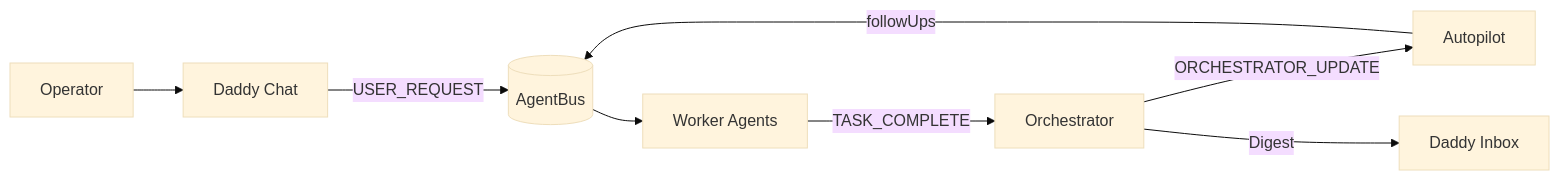
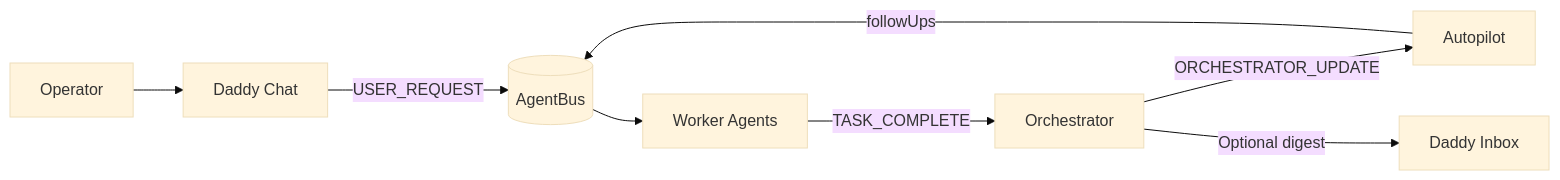
One commit to future3OOO/agentic-cockpit changed the diagram in README.md. Above: the diagram before and after it, drawn with Mermaid (base theme). The commit also changed other lines of this file and 5 other files, not shown here.

Commit message:
orchestrator: default daddy digest forwarding off

````diff
--- a/README.md
+++ b/README.md
@@ -19,10 +19,10 @@
 ```mermaid
 flowchart LR
   User[Operator] --> Chat[Daddy Chat]
   Chat -->|USER_REQUEST| Bus[(AgentBus)]
   Bus --> Workers[Worker Agents]
   Workers -->|TASK_COMPLETE| Orch[Orchestrator]
   Orch -->|ORCHESTRATOR_UPDATE| Auto[Autopilot]
-  Orch -->|Digest| Inbox[Daddy Inbox]
+  Orch -->|Optional digest| Inbox[Daddy Inbox]
   Auto -->|followUps| Bus
 ```
````
